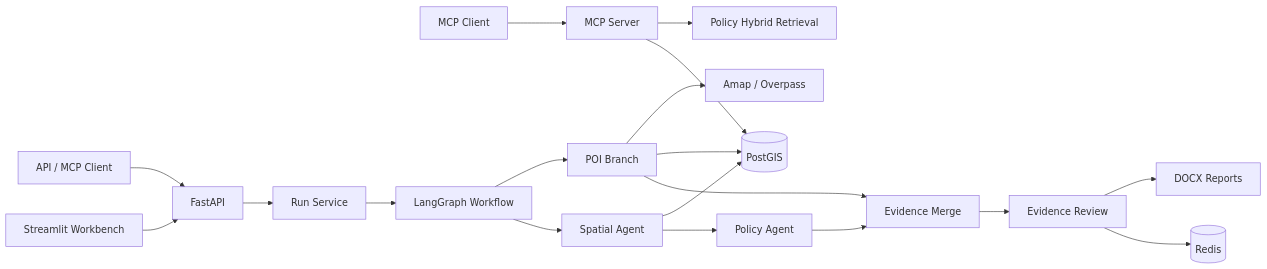
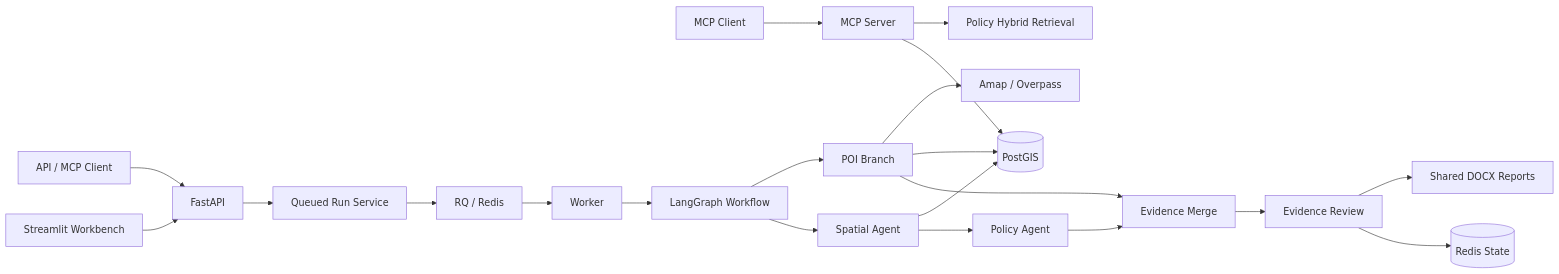
One commit to 1159312243h-gif/spatial-decision-agent changed the diagram in README.md. Above: the diagram before and after it, drawn with Mermaid. The commit also changed other lines of this file and 32 other files, not shown here.

````diff
--- a/README.md
+++ b/README.md
@@ -37,21 +38,23 @@
 ```mermaid
 flowchart LR
     UI["Streamlit Workbench"] --> API["FastAPI"]
     Client["API / MCP Client"] --> API
     MCPClient["MCP Client"] --> MCP["MCP Server"]
-    API --> Run["Run Service"]
-    Run --> Graph["LangGraph Workflow"]
+    API --> Run["Queued Run Service"]
+    Run --> Queue["RQ / Redis"]
+    Queue --> Worker["Worker"]
+    Worker --> Graph["LangGraph Workflow"]
     Graph --> GIS["Spatial Agent"]
     Graph --> POI["POI Branch"]
     GIS --> Rules["Policy Agent"]
     POI --> Merge["Evidence Merge"]
     Rules --> Merge
     Merge --> Review["Evidence Review"]
-    Review --> Redis[("Redis")]
-    Review --> Reports["DOCX Reports"]
+    Review --> Redis[("Redis State")]
+    Review --> Reports["Shared DOCX Reports"]
     GIS --> PostGIS[("PostGIS")]
     POI --> PostGIS
     POI --> Online["Amap / Overpass"]
     MCP --> PostGIS
     MCP --> RAG["Policy Hybrid Retrieval"]
 ```
````
